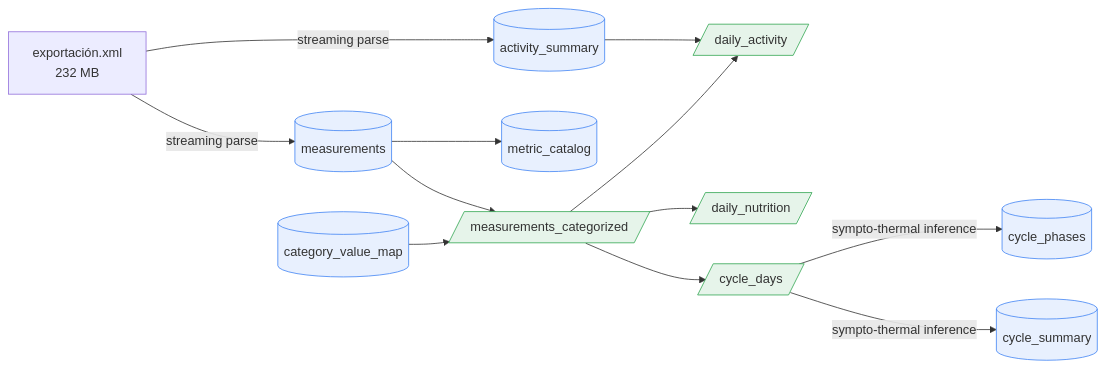
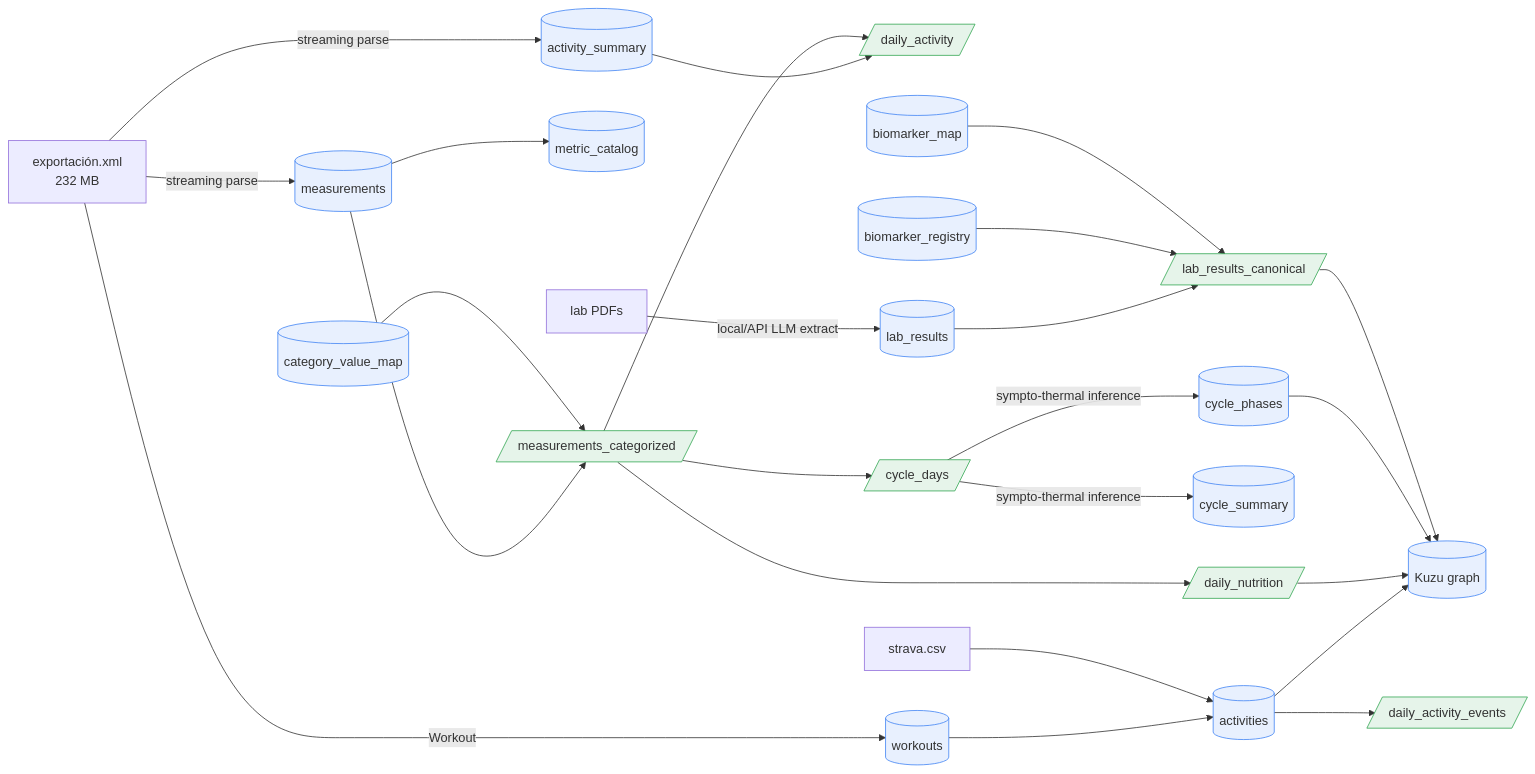
Before and after one commit to verapalotai/syncology: the diagram in docs/schema.md, drawn with Mermaid. The commit also changed other lines of this file, not shown here.

Commit message:
docs: document labs, activity, and graph layers in data dictionary

````diff
--- a/docs/schema.md
+++ b/docs/schema.md
@@ -27,19 +27,34 @@
 ```mermaid
 flowchart LR
   XML[exportación.xml\n232 MB] -->|streaming parse| M[(measurements)]
   XML -->|streaming parse| AS[(activity_summary)]
   M --> MC[(metric_catalog)]
   CVM[(category_value_map)] --> CAT[/measurements_categorized/]
   M --> CAT
   CAT --> DA[/daily_activity/]
   AS --> DA
   CAT --> DN[/daily_nutrition/]
   CAT --> CD[/cycle_days/]
   CD -->|sympto-thermal inference| CP[(cycle_phases)]
   CD -->|sympto-thermal inference| CS[(cycle_summary)]
 
+  PDF[lab PDFs] -->|local/API LLM extract| LR[(lab_results)]
+  BM[(biomarker_map)] --> LC[/lab_results_canonical/]
+  BR[(biomarker_registry)] --> LC
+  LR --> LC
+
+  STV[strava.csv] --> ACT[(activities)]
+  XML -->|Workout| WK[(workouts)]
+  WK --> ACT
+  ACT --> DAE[/daily_activity_events/]
+
+  LC --> KG[(Kuzu graph)]
+  CP --> KG
+  DN --> KG
+  ACT --> KG
+
   classDef tbl fill:#e8f0fe,stroke:#4285f4;
   classDef view fill:#e6f4ea,stroke:#34a853;
-  class M,AS,MC,CVM,CP,CS tbl;
-  class CAT,DA,DN,CD view;
+  class M,AS,MC,CVM,CP,CS,LR,BM,BR,WK,ACT,KG tbl;
+  class CAT,DA,DN,CD,LC,DAE view;
 ```
````
